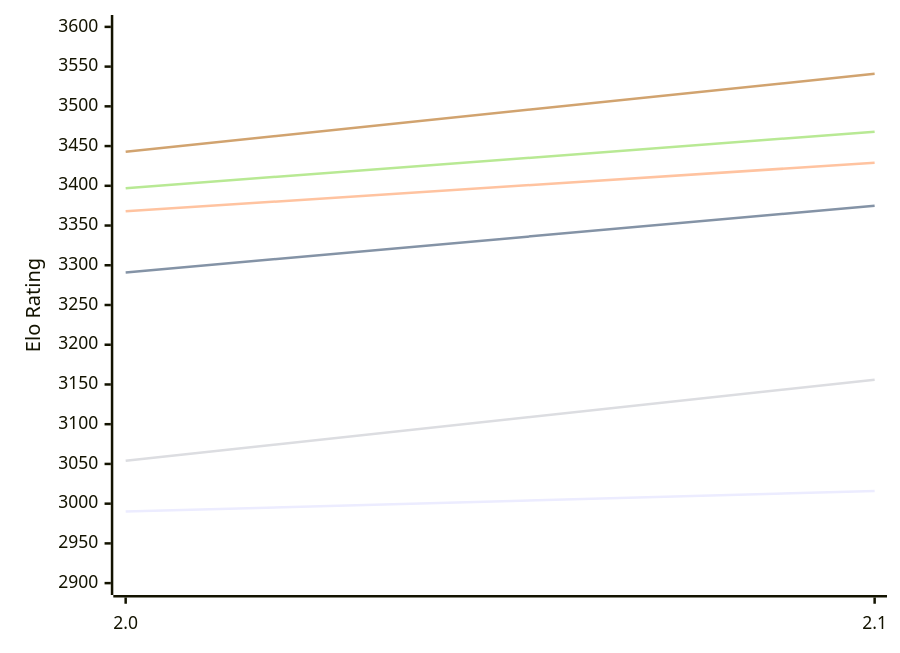
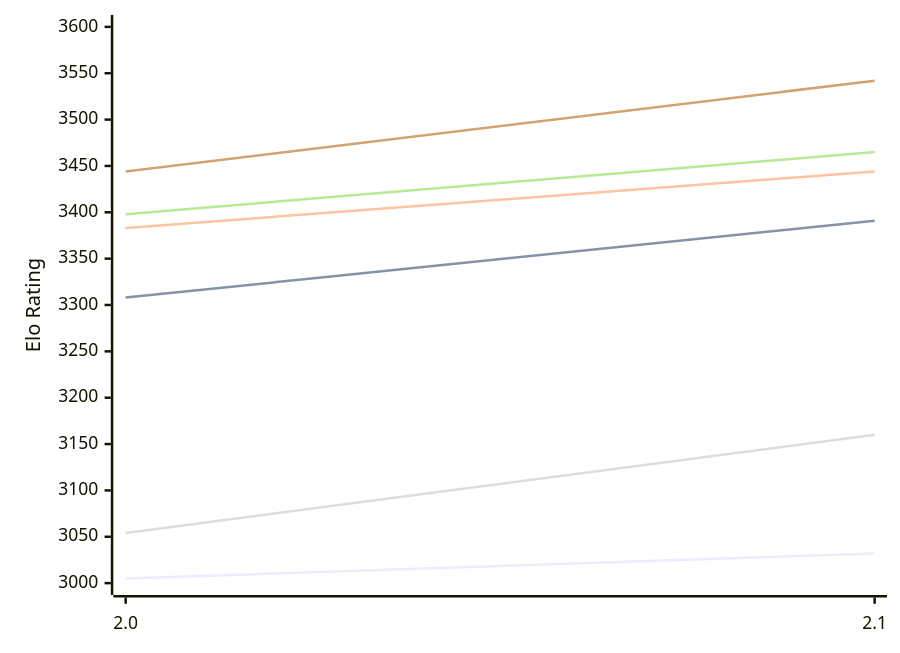
The first of 2 diagrams in engines/Onslaught.md (computer-chess-index/cci), drawn with Mermaid before and after one commit. The commit also changed other lines of this file, not shown here.

Commit message:
Update CCI Ratings (ELO VLTC) - 2026-11-11

````diff
--- a/engines/Onslaught.md
+++ b/engines/Onslaught.md
@@ -50,12 +50,12 @@
 ```mermaid
 %%{init: {"theme":"base","themeVariables":{"seriesColors:['#a3a3a3','#222221','#faa371']}}}%%
 xychart-beta
   x-axis ["2.0", "2.1"]
-  y-axis "Elo Rating" 2900 --> 3600
-  line "E1: STC (8.0+0.08s)" [2990, 3016]
-  line "E1: LTC (60.0+0.60s)" [3291, 3375]
-  line "E1: VLTC (2m24s+1.12s)" [3368, 3429]
-  line "P1: STC (8.0+0.08s)" [3054, 3156]
-  line "P1: LTC (60.0+0.60s)" [3397, 3468]
-  line "P1: VLTC (2m24s+1.12s)" [3443, 3541]
+  y-axis "Elo Rating" 3000 --> 3600
+  line "E1: STC (8.0+0.08s)" [3005, 3032]
+  line "E1: LTC (60.0+0.60s)" [3308, 3391]
+  line "E1: VLTC (2m24s+1.12s)" [3383, 3444]
+  line "P1: STC (8.0+0.08s)" [3054, 3160]
+  line "P1: LTC (60.0+0.60s)" [3398, 3465]
+  line "P1: VLTC (2m24s+1.12s)" [3444, 3542]
 ```
````
